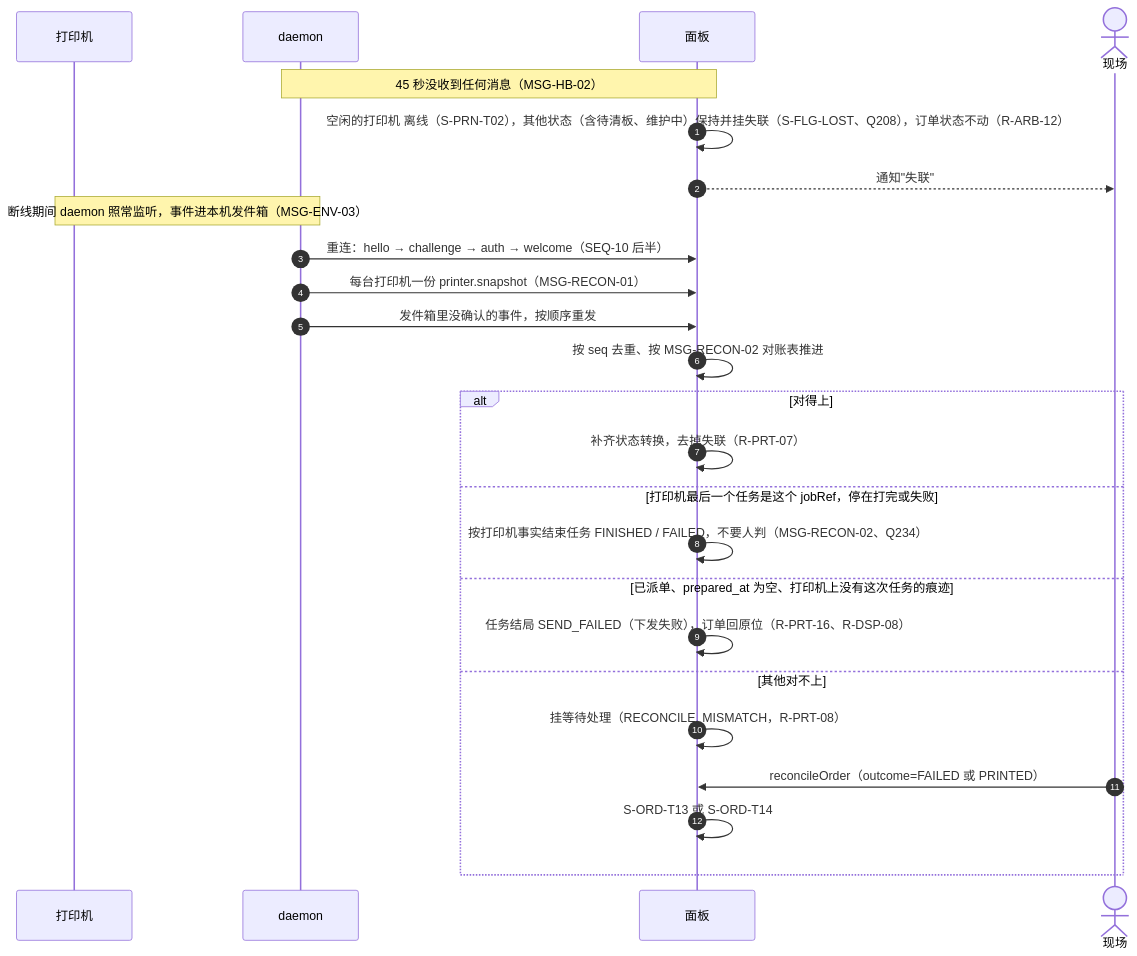
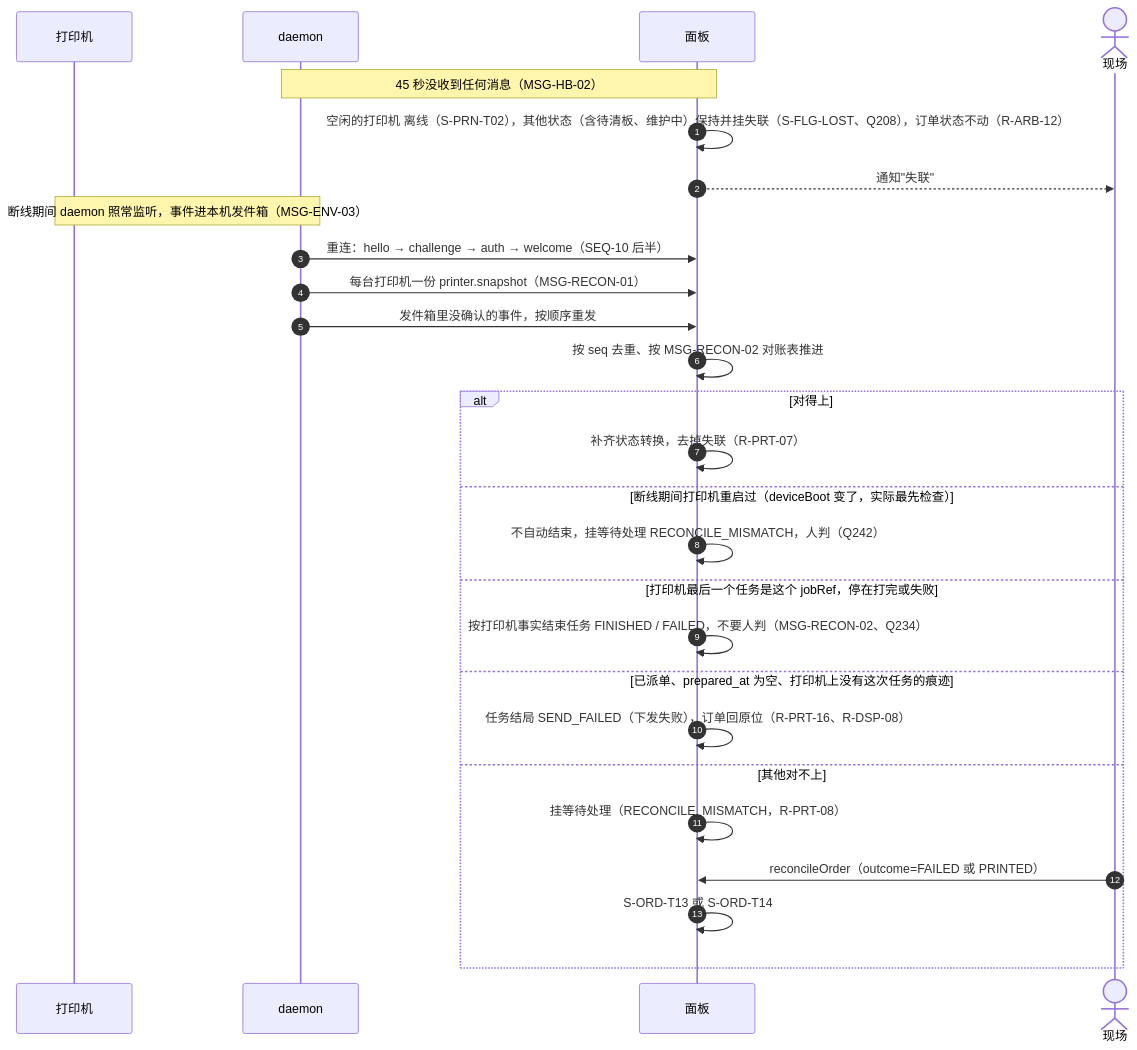
The sixth of 11 diagrams in docs/design/03-sequences.md (PlateRelay/PlateRelay), drawn with Mermaid before and after one commit. The commit also changed other lines of this file, not shown here.

First line of the commit message:
docs(design): update dispatch, fault, reconcile, and store sequences for prep pause and boot

````diff
--- a/docs/design/03-sequences.md
+++ b/docs/design/03-sequences.md
@@ -248,27 +249,29 @@
 ```mermaid
 sequenceDiagram
   autonumber
   participant R as 打印机
   participant D as daemon
   participant P as 面板
   actor S as 现场
   Note over D,P: 45 秒没收到任何消息（MSG-HB-02）
   P->>P: 空闲的打印机 离线（S-PRN-T02），其他状态（含待清板、维护中）保持并挂失联（S-FLG-LOST、Q208），订单状态不动（R-ARB-12）
   P-->>S: 通知"失联"
   Note over R,D: 断线期间 daemon 照常监听，事件进本机发件箱（MSG-ENV-03）
   D->>P: 重连：hello → challenge → auth → welcome（SEQ-10 后半）
   D->>P: 每台打印机一份 printer.snapshot（MSG-RECON-01）
   D->>P: 发件箱里没确认的事件，按顺序重发
   P->>P: 按 seq 去重、按 MSG-RECON-02 对账表推进
   alt 对得上
     P->>P: 补齐状态转换，去掉失联（R-PRT-07）
+  else 断线期间打印机重启过（deviceBoot 变了，实际最先检查）
+    P->>P: 不自动结束，挂等待处理 RECONCILE_MISMATCH，人判（Q242）
   else 打印机最后一个任务是这个 jobRef，停在打完或失败
     P->>P: 按打印机事实结束任务 FINISHED / FAILED，不要人判（MSG-RECON-02、Q234）
   else 已派单、prepared_at 为空、打印机上没有这次任务的痕迹
     P->>P: 任务结局 SEND_FAILED（下发失败），订单回原位（R-PRT-16、R-DSP-08）
   else 其他对不上
     P->>P: 挂等待处理（RECONCILE_MISMATCH，R-PRT-08）
     S->>P: reconcileOrder（outcome=FAILED 或 PRINTED）
     P->>P: S-ORD-T13 或 S-ORD-T14
   end
 ```
````
